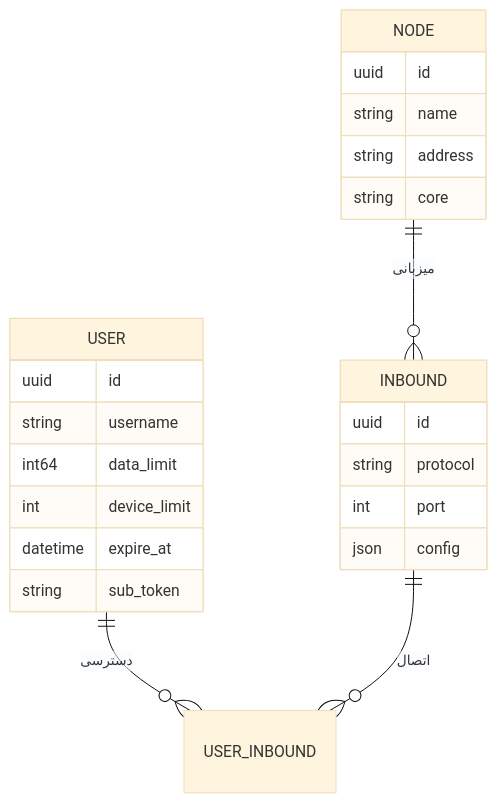
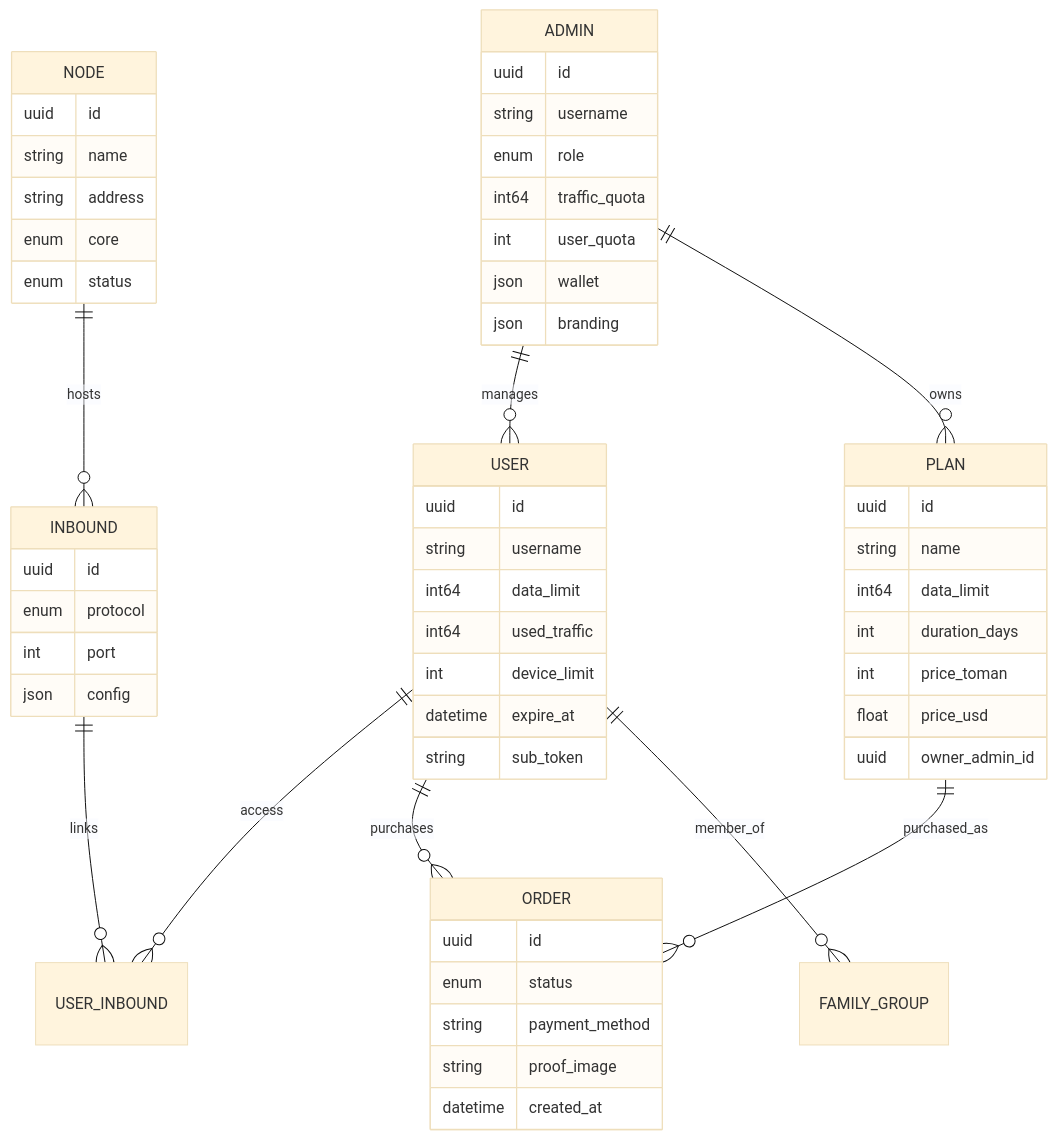
Before and after one commit to iPmartNetwork/VortexUI: the diagram in docs/wiki/fa/01-introduction.md, drawn with Mermaid (base theme). The commit also changed other lines of this file and 56 other files, not shown here.

````diff
--- a/docs/wiki/fa/01-introduction.md
+++ b/docs/wiki/fa/01-introduction.md
@@ -46,26 +130,58 @@
 ```mermaid
 erDiagram
-    USER ||--o{ USER_INBOUND : "دسترسی"
-    NODE ||--o{ INBOUND : "میزبانی"
-    INBOUND ||--o{ USER_INBOUND : "اتصال"
+    ADMIN ||--o{ USER : manages
+    ADMIN ||--o{ PLAN : owns
+    USER ||--o{ USER_INBOUND : access
+    USER ||--o{ ORDER : purchases
+    USER ||--o{ FAMILY_GROUP : member_of
+    NODE ||--o{ INBOUND : hosts
+    INBOUND ||--o{ USER_INBOUND : links
+    PLAN ||--o{ ORDER : purchased_as
+    ADMIN {
+        uuid id
+        string username
+        enum role
+        int64 traffic_quota
+        int user_quota
+        json wallet
+        json branding
+    }
     USER {
         uuid id
         string username
         int64 data_limit
+        int64 used_traffic
         int device_limit
         datetime expire_at
         string sub_token
     }
     NODE {
         uuid id
         string name
         string address
-        string core
+        enum core
+        enum status
     }
     INBOUND {
         uuid id
-        string protocol
+        enum protocol
         int port
         json config
     }
+    PLAN {
+        uuid id
+        string name
+        int64 data_limit
+        int duration_days
+        int price_toman
+        float price_usd
+        uuid owner_admin_id
+    }
+    ORDER {
+        uuid id
+        enum status
+        string payment_method
+        string proof_image
+        datetime created_at
+    }
 ```
````
